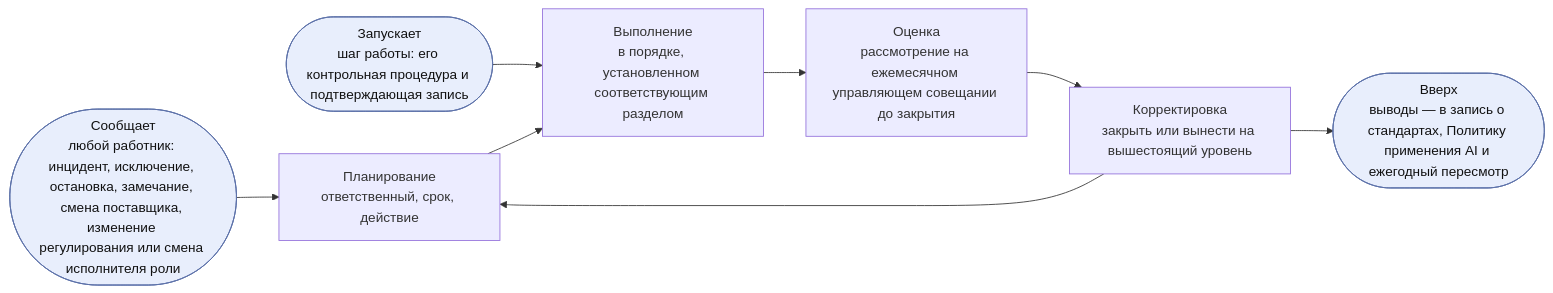
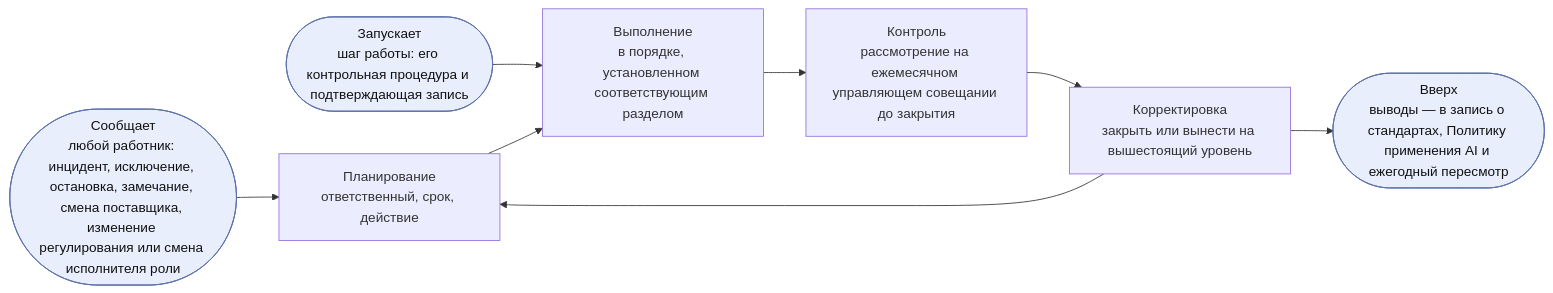
Before and after one commit to devhogu/ob-aicc: the sixth of 8 diagrams in charter/ru/documents/operating-model.md, drawn with Mermaid. The commit also changed other lines of this file and 249 other files, not shown here.

````diff
--- a/charter/ru/documents/operating-model.md
+++ b/charter/ru/documents/operating-model.md
@@ -240,8 +240,8 @@
 ```mermaid
 flowchart LR
   IN(["Сообщает<br/>любой работник: инцидент, исключение, остановка, замечание, смена поставщика, изменение регулирования или смена исполнителя роли"]):::iface --> P
   ST(["Запускает<br/>шаг работы: его контрольная процедура и подтверждающая запись"]):::iface --> D
-  P["Планирование<br/>ответственный, срок, действие"] --> D["Выполнение<br/>в порядке, установленном соответствующим разделом"] --> C["Оценка<br/>рассмотрение на ежемесячном управляющем совещании до закрытия"] --> A["Корректировка<br/>закрыть или вынести на вышестоящий уровень"] --> P
+  P["Планирование<br/>ответственный, срок, действие"] --> D["Выполнение<br/>в порядке, установленном соответствующим разделом"] --> C["Контроль<br/>рассмотрение на ежемесячном управляющем совещании до закрытия"] --> A["Корректировка<br/>закрыть или вынести на вышестоящий уровень"] --> P
   A --> OUT(["Вверх<br/>выводы — в запись о стандартах, Политику применения AI и ежегодный пересмотр"]):::iface
   classDef iface fill:#e8eefc,stroke:#5a6fa8,color:#111
 ```
````
